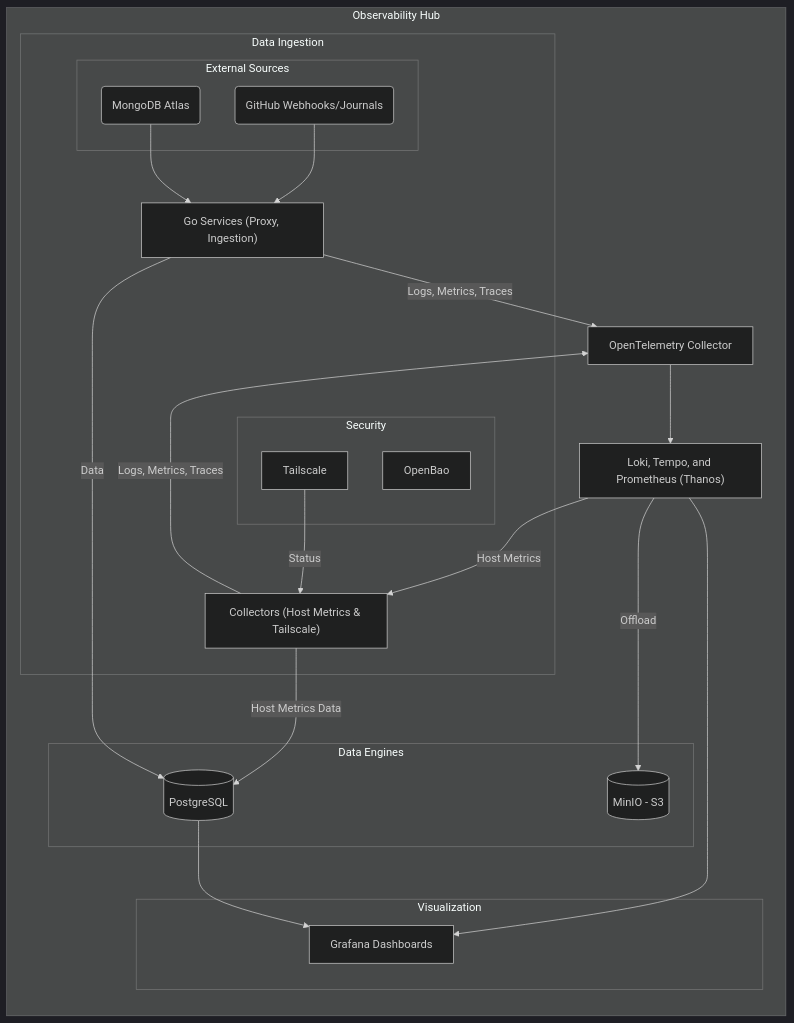
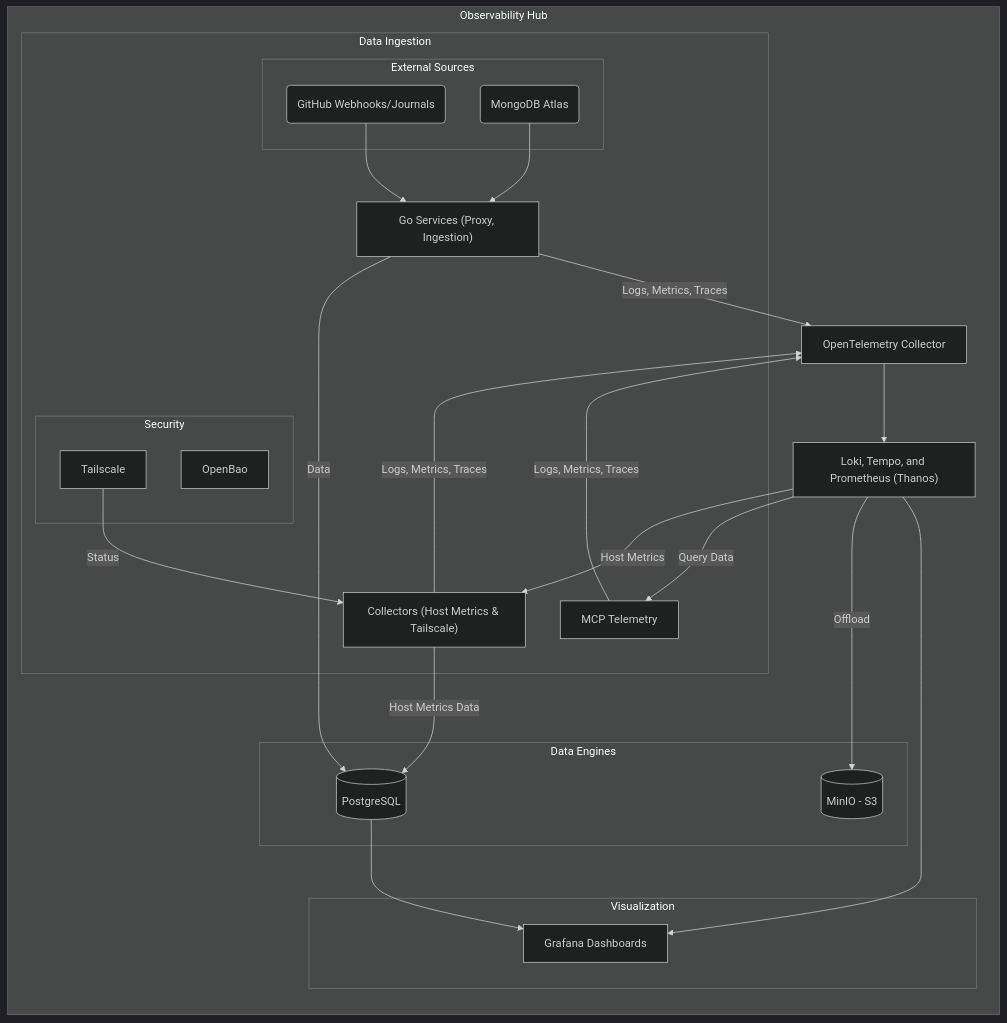
One commit to victoriacheng15/observability-hub changed the diagram in README.md. Above: the diagram before and after it, drawn with Mermaid (dark theme). The commit also changed 5 other files, not shown here.

````diff
--- a/README.md
+++ b/README.md
@@ -61,49 +61,51 @@
 ```mermaid
 flowchart TB
     subgraph ObservabilityHub ["Observability Hub"]
         direction TB
         subgraph Logic ["Data Ingestion"]
             subgraph External ["External Sources"]
                 GH(GitHub Webhooks/Journals)
                 Mongo(MongoDB Atlas)
             end
 
             subgraph Security [Security]
                 Bao[OpenBao]
                 Tailscale[Tailscale]
             end
 
             GoApps["Go Services (Proxy, Ingestion)"]
+            MCP["MCP Telemetry"]
             Collectors["Collectors (Host Metrics & Tailscale)"]
         end
 
         OTEL[OpenTelemetry Collector]
 
         Observability["Loki, Tempo, and Prometheus (Thanos)"]
         subgraph Storage ["Data Engines"]
             PG[(PostgreSQL)]
             S3[(MinIO - S3)]
         end
         
 
         subgraph Visualization ["Visualization"]
             Grafana[Grafana Dashboards]
         end
     end
 
     %% Data Pipeline Connections
     GH --> GoApps
     Mongo --> GoApps
     Observability -- "Host Metrics" --> Collectors
+    Observability -- "Query Data" --> MCP
     Tailscale -- "Status" --> Collectors
     Collectors -- "Host Metrics Data" --> PG
     GoApps -- Data --> PG
 
     %% Telemetry Pipeline (OTLP)
-    GoApps & Collectors -- "Logs, Metrics, Traces" --> OTEL
+    GoApps & MCP & Collectors -- "Logs, Metrics, Traces" --> OTEL
     OTEL --> Observability
     Observability -- "Offload" --> S3
 
     %% Visualization Connections
     Observability & PG --> Grafana
 ```
````
